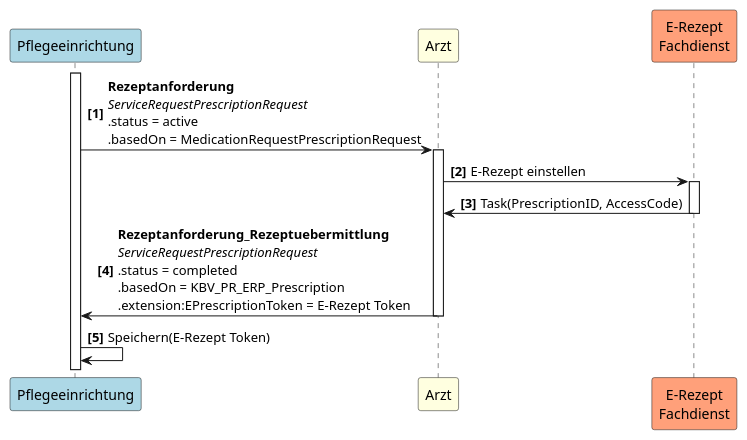
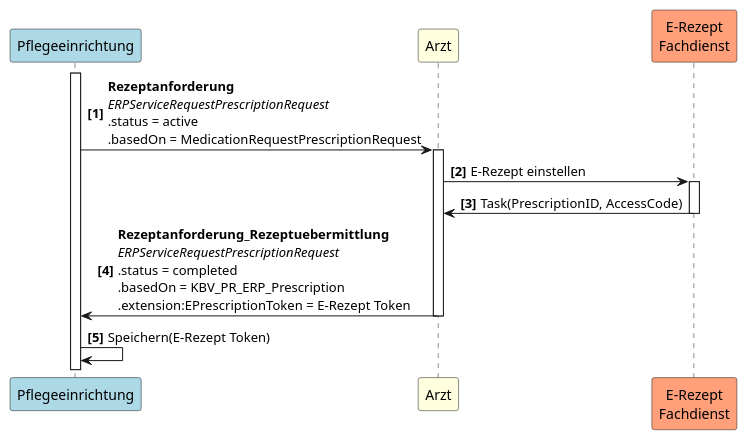
The diagram in Resources/puml/UC1_1.puml (gematik/spec-E-Rezept-ServiceRequest), drawn with PlantUML before and after one commit. The commit also changed 26 other files, not shown here.

Commit message:
Rename Prescription Request

```diff
--- a/Resources/puml/UC1_1.puml
+++ b/Resources/puml/UC1_1.puml
@@ -1,13 +1,13 @@
 @startuml UC1_1
 autonumber "<b>[0]"
 participant Pflegeeinrichtung as PE #LightBlue
 participant Arzt as A #LightYellow
 participant "E-Rezept\nFachdienst" as FD #LightSalmon
 
 activate PE
-PE -> A++: <b>Rezeptanforderung \n<i>ServiceRequestPrescriptionRequest \n.status = active \n.basedOn = MedicationRequestPrescriptionRequest
+PE -> A++: <b>Rezeptanforderung \n<i>ERPServiceRequestPrescriptionRequest \n.status = active \n.basedOn = MedicationRequestPrescriptionRequest
 A -> FD++: E-Rezept einstellen
 FD -> A--: Task(PrescriptionID, AccessCode)
-A -> PE--: <b>Rezeptanforderung_Rezeptuebermittlung\n<i>ServiceRequestPrescriptionRequest \n.status = completed \n.basedOn = KBV_PR_ERP_Prescription \n.extension:EPrescriptionToken = E-Rezept Token
+A -> PE--: <b>Rezeptanforderung_Rezeptuebermittlung\n<i>ERPServiceRequestPrescriptionRequest \n.status = completed \n.basedOn = KBV_PR_ERP_Prescription \n.extension:EPrescriptionToken = E-Rezept Token
 PE -> PE: Speichern(E-Rezept Token)
 @enduml
```
